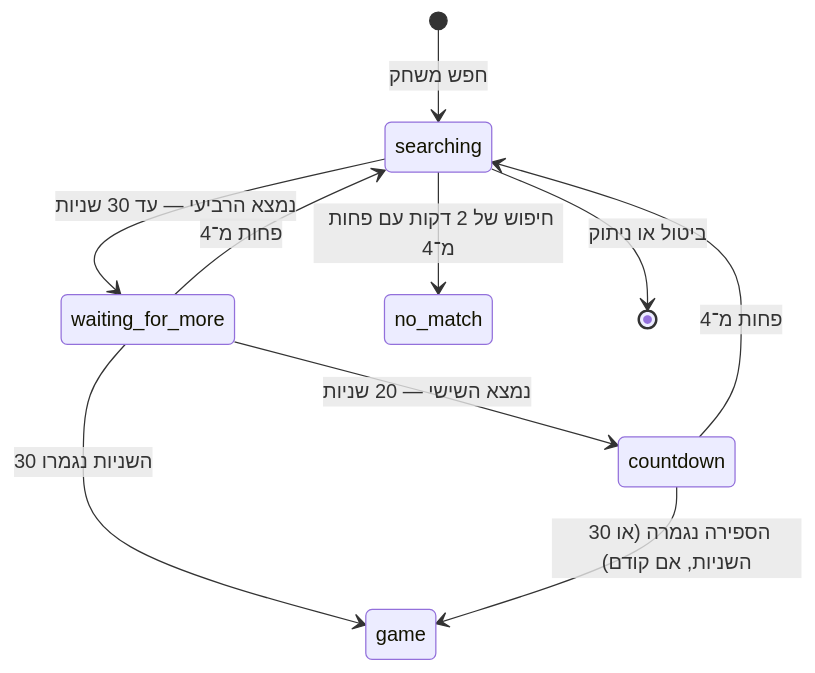
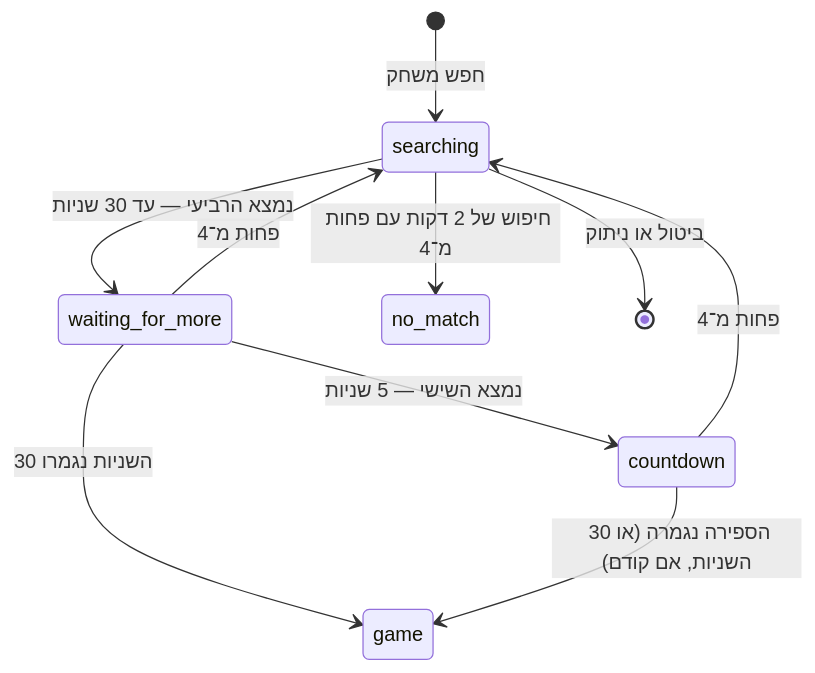
Before and after one commit to dorohayon/Imposter-IL: the fourth of 4 diagrams in docs/architecture.md, drawn with Mermaid. The commit also changed other lines of this file and 11 other files, not shown here.

````diff
--- a/docs/architecture.md
+++ b/docs/architecture.md
@@ -147,12 +147,12 @@
 ```mermaid
 stateDiagram-v2
     [*] --> searching: חפש משחק
     searching --> waiting_for_more: נמצא הרביעי — עד 30 שניות
-    waiting_for_more --> countdown: נמצא השישי — 20 שניות
+    waiting_for_more --> countdown: נמצא השישי — 5 שניות
     waiting_for_more --> game: 30 השניות נגמרו
     countdown --> game: הספירה נגמרה (או 30 השניות, אם קודם)
     waiting_for_more --> searching: פחות מ־4
     countdown --> searching: פחות מ־4
     searching --> no_match: חיפוש של 2 דקות עם פחות מ־4
     searching --> [*]: ביטול או ניתוק
 ```
````
